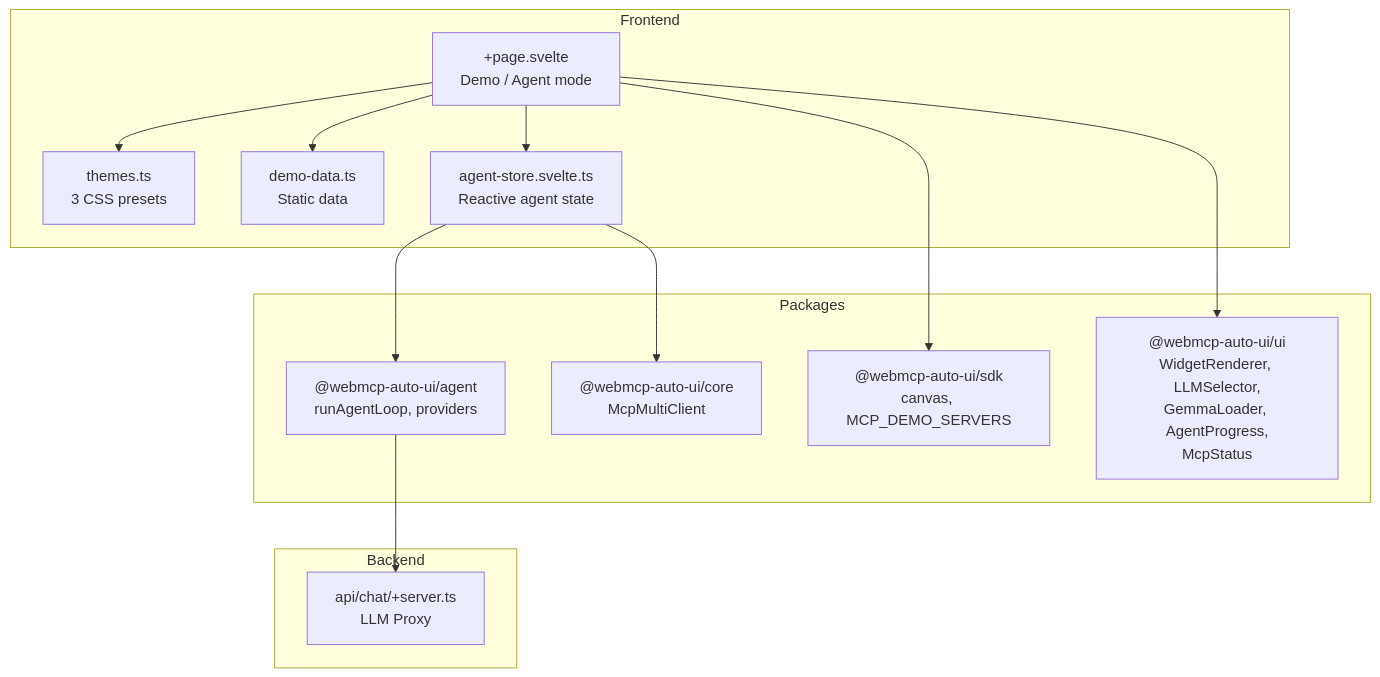
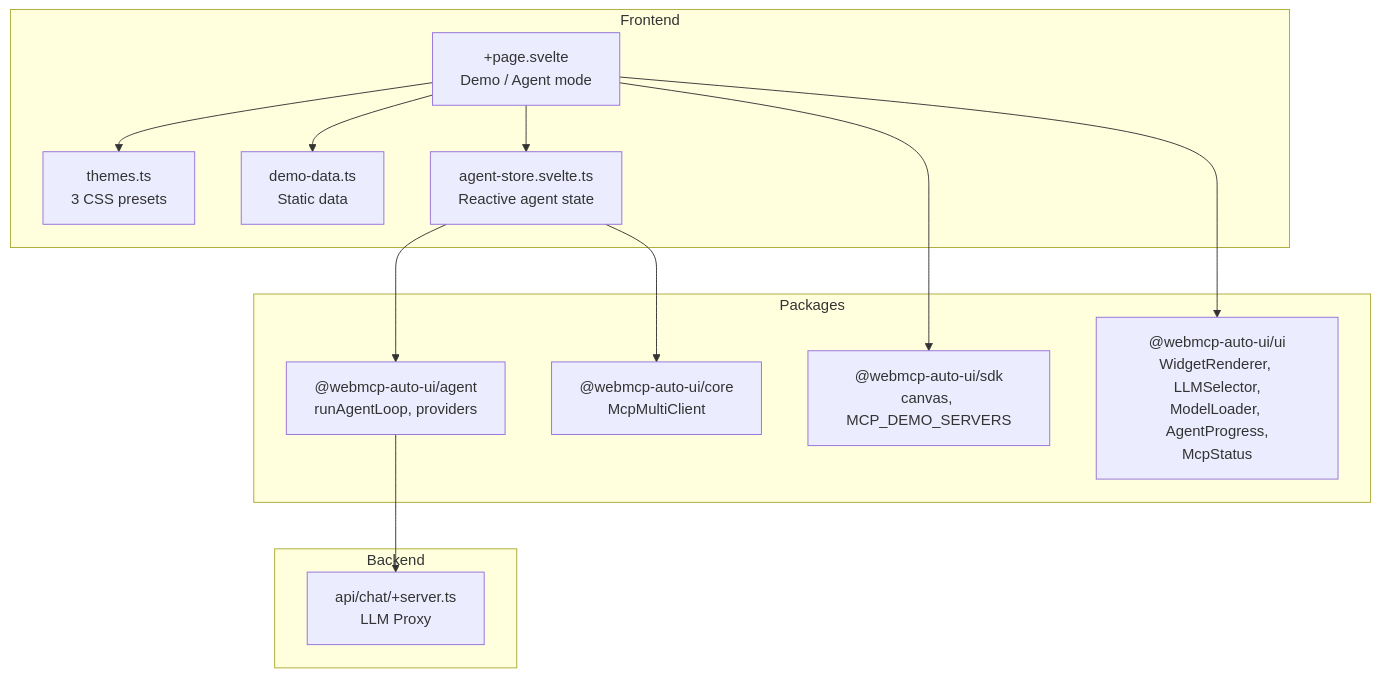
Before and after one commit to jeanbaptiste/webmcp-auto-ui: the diagram in docs-site/src/content/docs/en/apps/showcase.md, drawn with Mermaid. The commit also changed other lines of this file and 19 other files, not shown here.

First line of the commit message:
docs: propagate GemmaLoader → ModelLoader rename across documentation

````diff
--- a/docs-site/src/content/docs/en/apps/showcase.md
+++ b/docs-site/src/content/docs/en/apps/showcase.md
@@ -33,29 +33,29 @@
 ```mermaid
 graph TD
     subgraph Frontend
         Page["+page.svelte<br/>Demo / Agent mode"]
         Themes["themes.ts<br/>3 CSS presets"]
         DemoData["demo-data.ts<br/>Static data"]
         AgentStore["agent-store.svelte.ts<br/>Reactive agent state"]
     end
 
     subgraph Packages
         Agent["@webmcp-auto-ui/agent<br/>runAgentLoop, providers"]
         Core["@webmcp-auto-ui/core<br/>McpMultiClient"]
         SDK["@webmcp-auto-ui/sdk<br/>canvas, MCP_DEMO_SERVERS"]
-        UI["@webmcp-auto-ui/ui<br/>WidgetRenderer, LLMSelector,<br/>GemmaLoader, AgentProgress,<br/>McpStatus"]
+        UI["@webmcp-auto-ui/ui<br/>WidgetRenderer, LLMSelector,<br/>ModelLoader, AgentProgress,<br/>McpStatus"]
     end
 
     subgraph Backend
         Proxy["api/chat/+server.ts<br/>LLM Proxy"]
     end
 
     Page --> Themes
     Page --> DemoData
     Page --> AgentStore
     AgentStore --> Agent
     AgentStore --> Core
     Page --> SDK
     Page --> UI
     Agent --> Proxy
 ```
````
